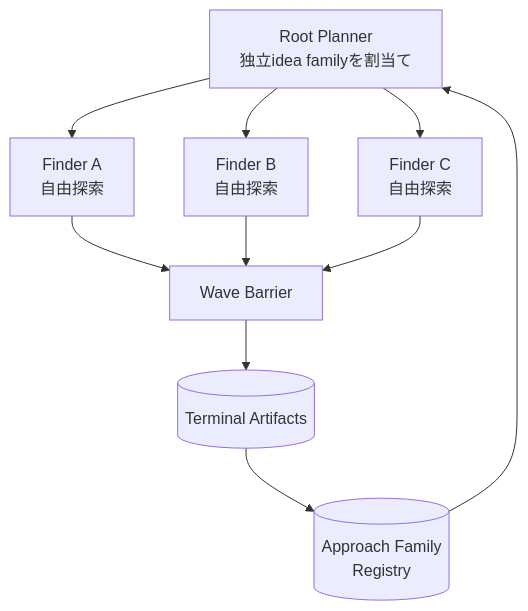
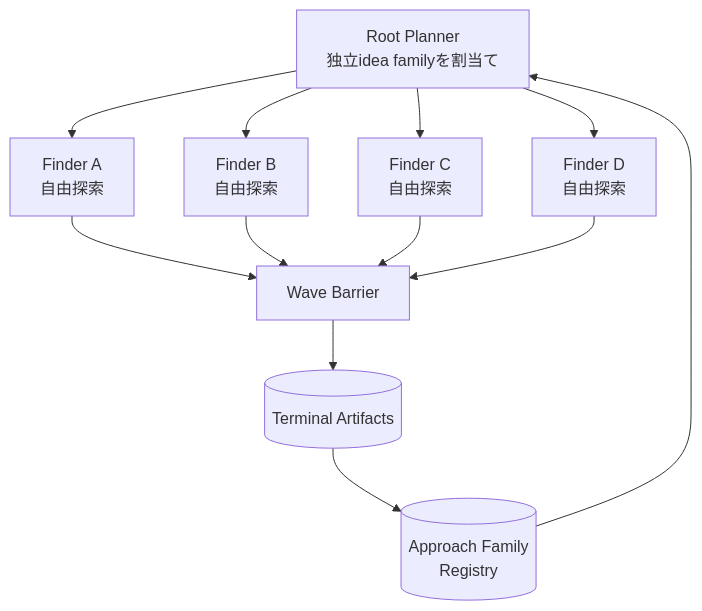
One commit to momoponwork1415-lgtm/wordpress-harness changed the fourth of 5 diagrams in docs/design/architecture/autonomous-research-loop.md. Above: the diagram before and after it, drawn with Mermaid. The commit also changed other lines of this file and 15 other files, not shown here.

````diff
--- a/docs/design/architecture/autonomous-research-loop.md
+++ b/docs/design/architecture/autonomous-research-loop.md
@@ -62,16 +62,18 @@
 ```mermaid
 flowchart TB
     planner["Root Planner<br/>独立idea familyを割当て"]
     registry[("Approach Family<br/>Registry")]
     f1["Finder A<br/>自由探索"]
     f2["Finder B<br/>自由探索"]
     f3["Finder C<br/>自由探索"]
+    f4["Finder D<br/>自由探索"]
     barrier["Wave Barrier"]
     artifacts[("Terminal Artifacts")]
 
     registry --> planner
     planner --> f1 --> barrier
     planner --> f2 --> barrier
     planner --> f3 --> barrier
+    planner --> f4 --> barrier
     barrier --> artifacts --> registry
 ```
````
